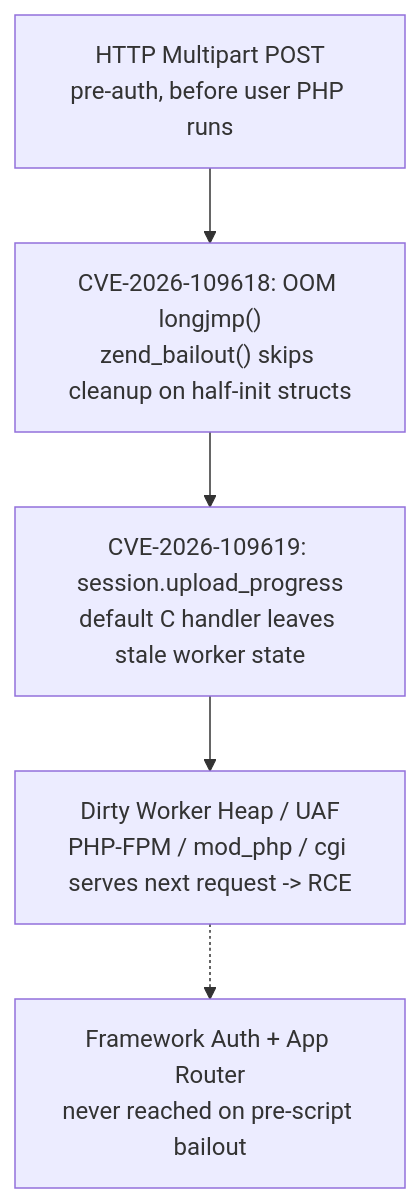
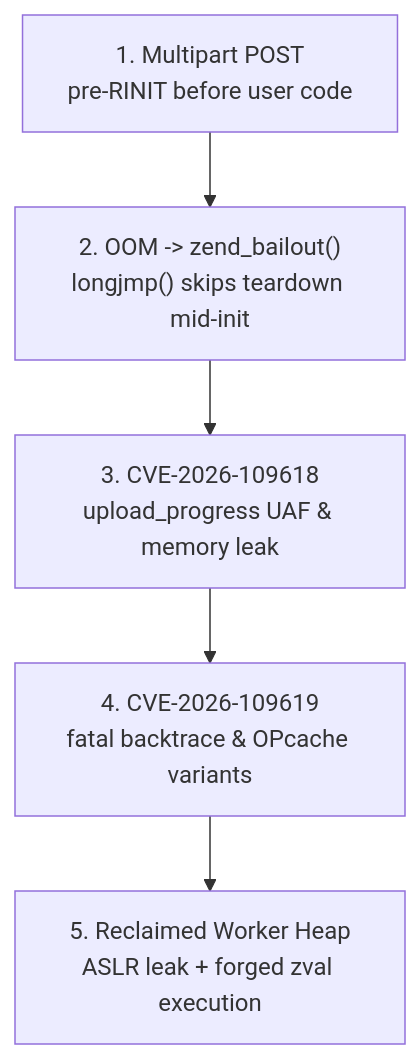
The diagram in src/content/writeups/php2shell-runtime-rce.md (dedsec-terminal/portfolio), drawn with Mermaid before and after one commit. The commit also changed other lines of this file and 9 other files, not shown here.

````diff
--- a/src/content/writeups/php2shell-runtime-rce.md
+++ b/src/content/writeups/php2shell-runtime-rce.md
@@ -25,8 +21,8 @@
 ```mermaid
-%% Pre-router runtime boundary
+%% From pre-RINIT bytes to worker takeover
 flowchart TD
-  A["HTTP Multipart POST<br/>pre-auth, before user PHP runs"]:::info --> B["CVE-2026-109618: OOM longjmp()<br/>zend_bailout() skips cleanup on half-init structs"]:::danger
-  B --> C["CVE-2026-109619: session.upload_progress<br/>default C handler leaves stale worker state"]:::warn
-  C --> D["Dirty Worker Heap / UAF<br/>PHP-FPM / mod_php / cgi serves next request -> RCE"]:::danger
-  D -.-> E["Framework Auth + App Router<br/>never reached on pre-script bailout"]:::muted
+  A["1. Multipart POST<br/>pre-RINIT before user code"]:::info --> B["2. OOM -> zend_bailout()<br/>longjmp() skips teardown mid-init"]:::danger
+  B --> C["3. CVE-2026-109618<br/>upload_progress UAF & memory leak"]:::warn
+  C --> D["4. CVE-2026-109619<br/>fatal backtrace & OPcache variants"]:::warn
+  D --> E["5. Reclaimed Worker Heap<br/>ASLR leak + forged zval execution"]:::danger
 ```
````
